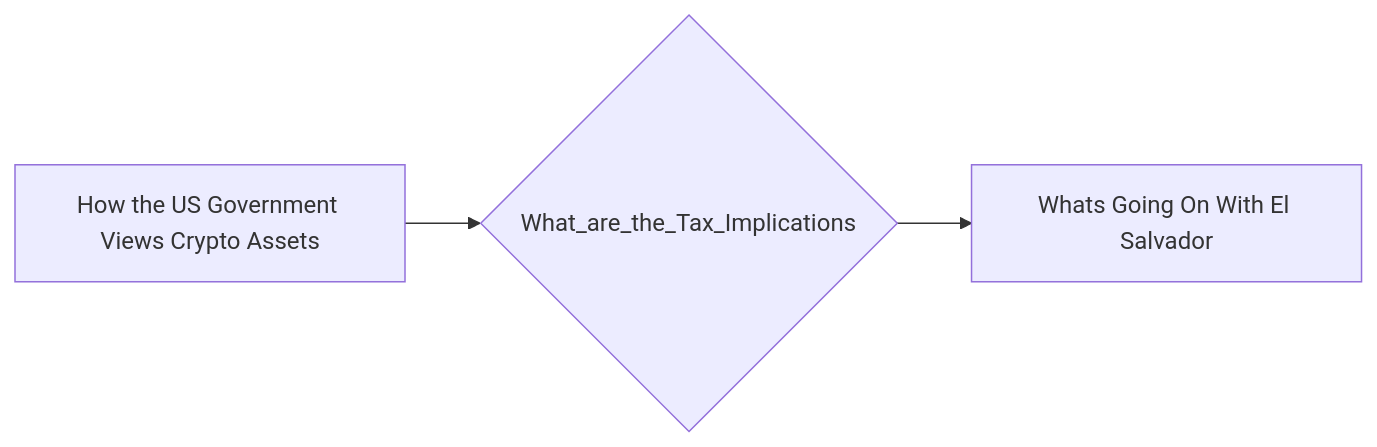
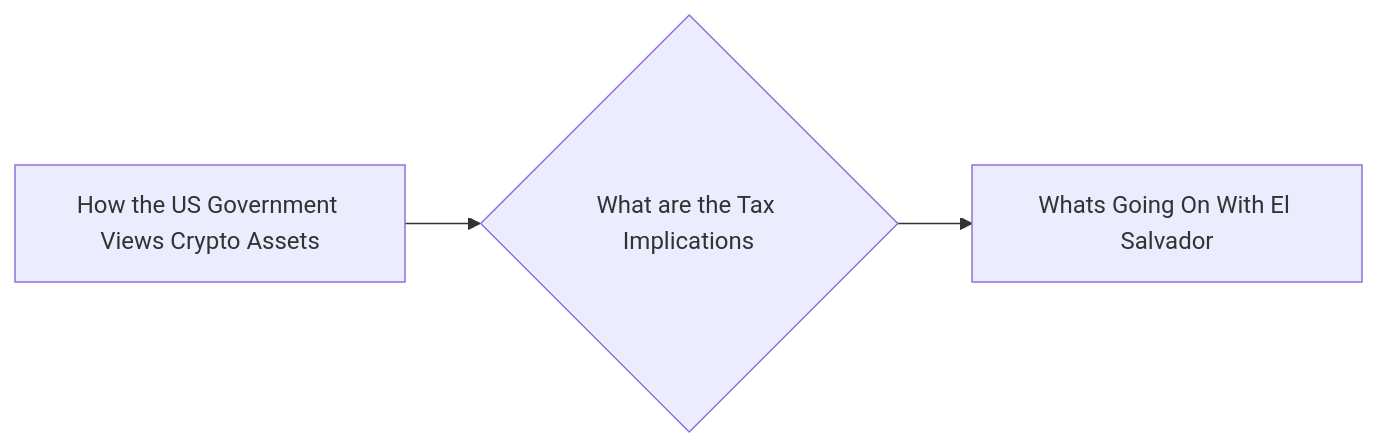
Before and after one commit to lpurdy01/crypto-knowledge-map: the diagram in notes/What_are_the_Tax_Implications.md, drawn with Mermaid. The commit also changed 58 other files, not shown here.

````diff
--- a/notes/What_are_the_Tax_Implications.md
+++ b/notes/What_are_the_Tax_Implications.md
@@ -6,5 +6,5 @@
 ```mermaid
 graph LR
-1["How the US Government Views Crypto Assets"]-->0{"What_are_the_Tax_Implications"}
-0{"What_are_the_Tax_Implications"}-->2["Whats Going On With El Salvador"]
+1["How the US Government Views Crypto Assets"]-->0{"What are the Tax Implications"}
+0{"What are the Tax Implications"}-->2["Whats Going On With El Salvador"]
 ```
````
